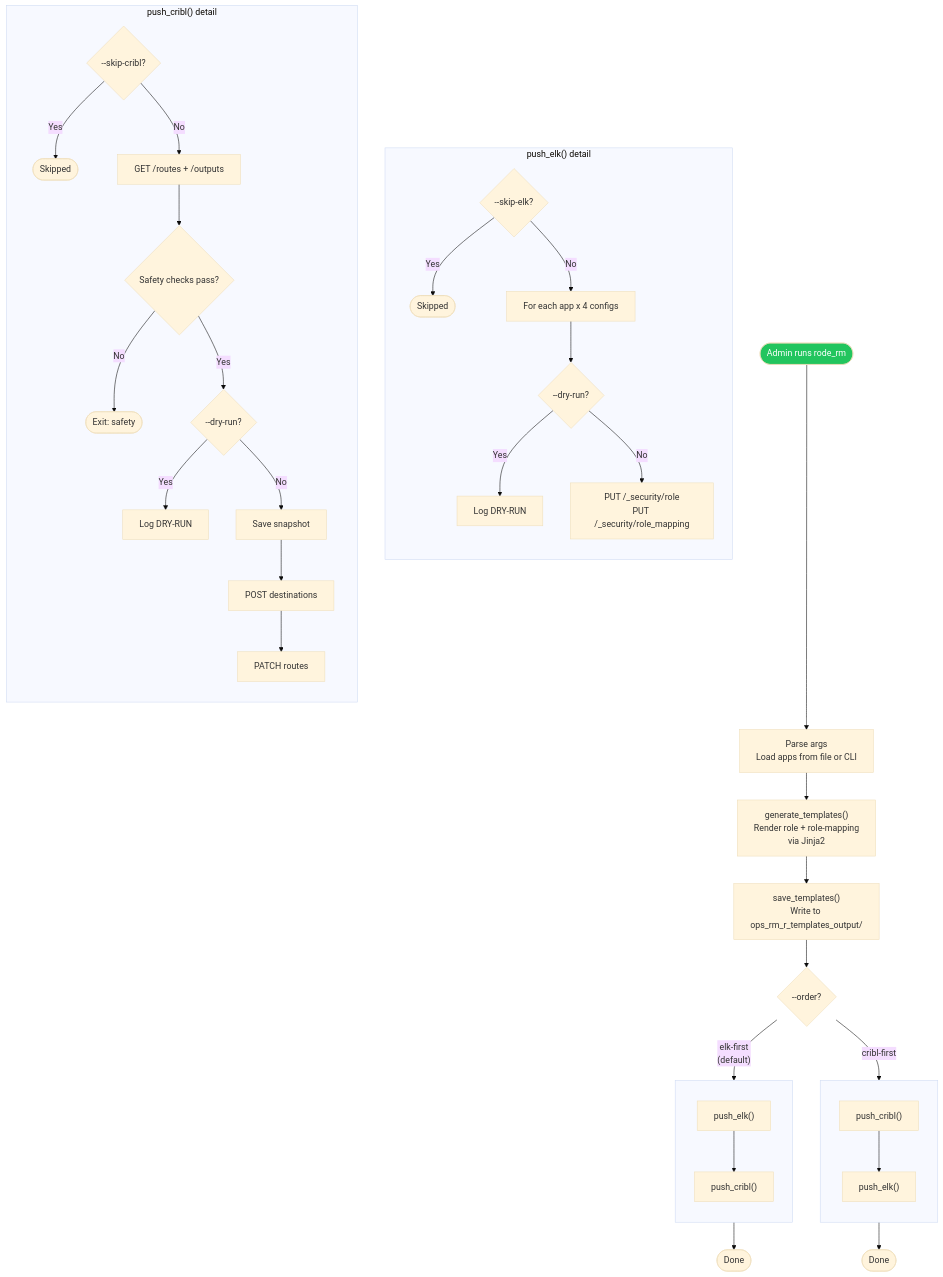
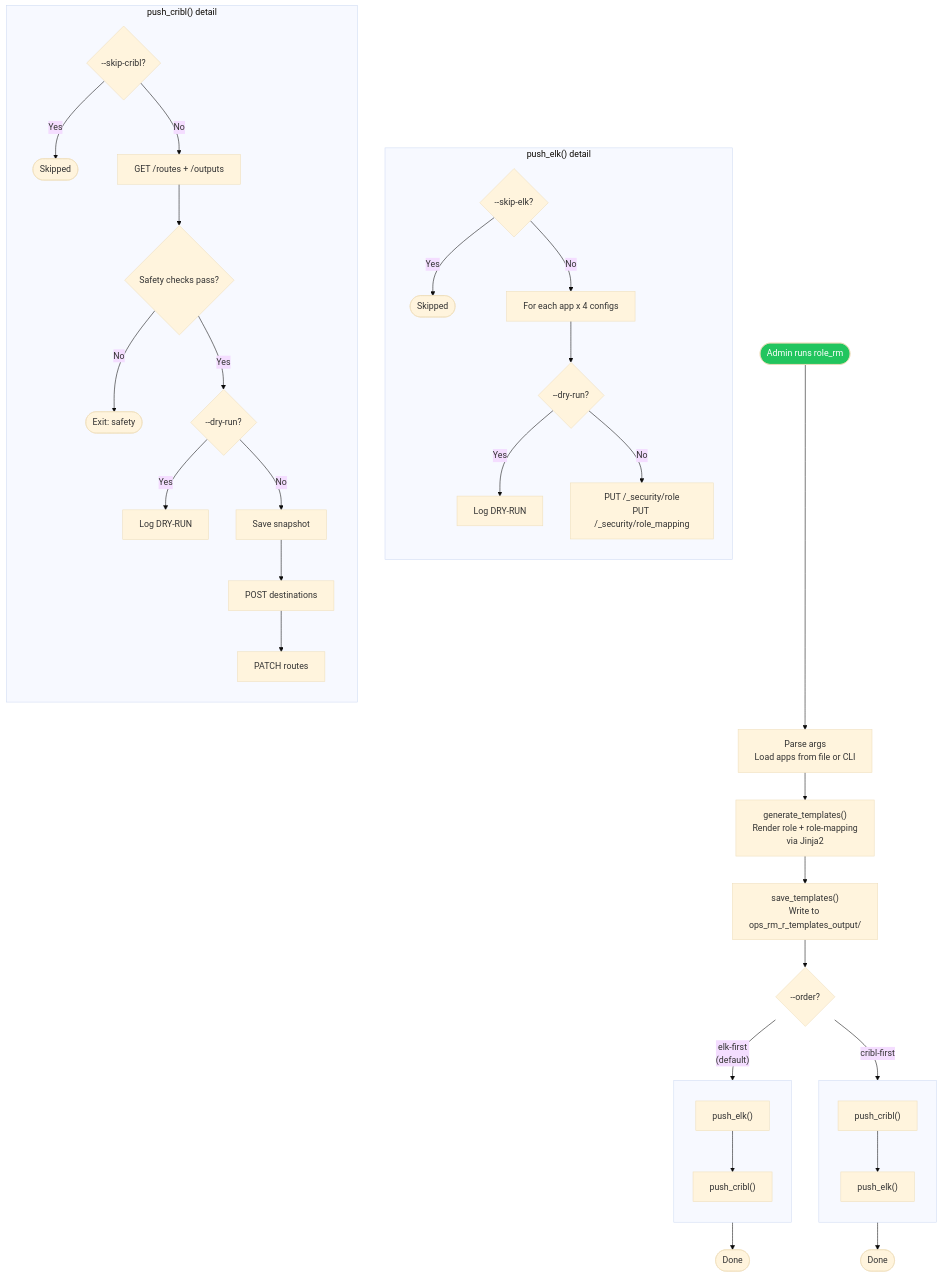
One commit to ambalbek/crud_cribl-elk changed the fourth of 10 diagrams in flowchart-python.md. Above: the diagram before and after it, drawn with Mermaid (base theme). The commit also changed other lines of this file and 15 other files, not shown here.

Commit message:
updated flow

````diff
--- a/flowchart-python.md
+++ b/flowchart-python.md
@@ -111,49 +111,49 @@
 ```mermaid
 flowchart TD
-    ADMIN([Admin runs rode_rm]) --> PARSE["Parse args<br>Load apps from file or CLI"]
+    ADMIN([Admin runs role_rm]) --> PARSE["Parse args<br>Load apps from file or CLI"]
     PARSE --> TEMPLATES["generate_templates()<br>Render role + role-mapping<br>via Jinja2"]
     TEMPLATES --> SAVE["save_templates()<br>Write to ops_rm_r_templates_output/"]
 
     SAVE --> ORDER{--order?}
     ORDER -- "elk-first<br>(default)" --> ELK_FIRST
     ORDER -- "cribl-first" --> CRIBL_FIRST
 
     subgraph ELK_FIRST[" "]
         direction TB
         ELK1["push_elk()"] --> CRIBL1["push_cribl()"]
     end
 
     subgraph CRIBL_FIRST[" "]
         direction TB
         CRIBL2["push_cribl()"] --> ELK2["push_elk()"]
     end
 
     ELK_FIRST --> DONE_EF([Done])
     CRIBL_FIRST --> DONE_CF([Done])
 
     subgraph PUSH_ELK["push_elk() detail"]
         direction TB
         SKIP_ELK{--skip-elk?}
         SKIP_ELK -- Yes --> ELKSKIP([Skipped])
         SKIP_ELK -- No --> ELKLOOP["For each app x 4 configs"]
         ELKLOOP --> DRY_ELK{--dry-run?}
         DRY_ELK -- Yes --> LOG_DRY["Log DRY-RUN"]
         DRY_ELK -- No --> PUT_ROLE["PUT /_security/role<br>PUT /_security/role_mapping"]
     end
 
     subgraph PUSH_CRIBL["push_cribl() detail"]
         direction TB
         SKIP_CRIBL{--skip-cribl?}
         SKIP_CRIBL -- Yes --> CRSKIP([Skipped])
         SKIP_CRIBL -- No --> GET_ROUTES["GET /routes + /outputs"]
         GET_ROUTES --> SAFETY{Safety checks pass?}
         SAFETY -- No --> EXIT_SAFE([Exit: safety])
         SAFETY -- Yes --> DRY_CR{--dry-run?}
         DRY_CR -- Yes --> LOG_DRY2["Log DRY-RUN"]
         DRY_CR -- No --> SNAPSHOT["Save snapshot"]
         SNAPSHOT --> POST_DEST["POST destinations"]
         POST_DEST --> PATCH_RT["PATCH routes"]
     end
 
     style ADMIN fill:#22c55e,color:#fff
 ```
````
